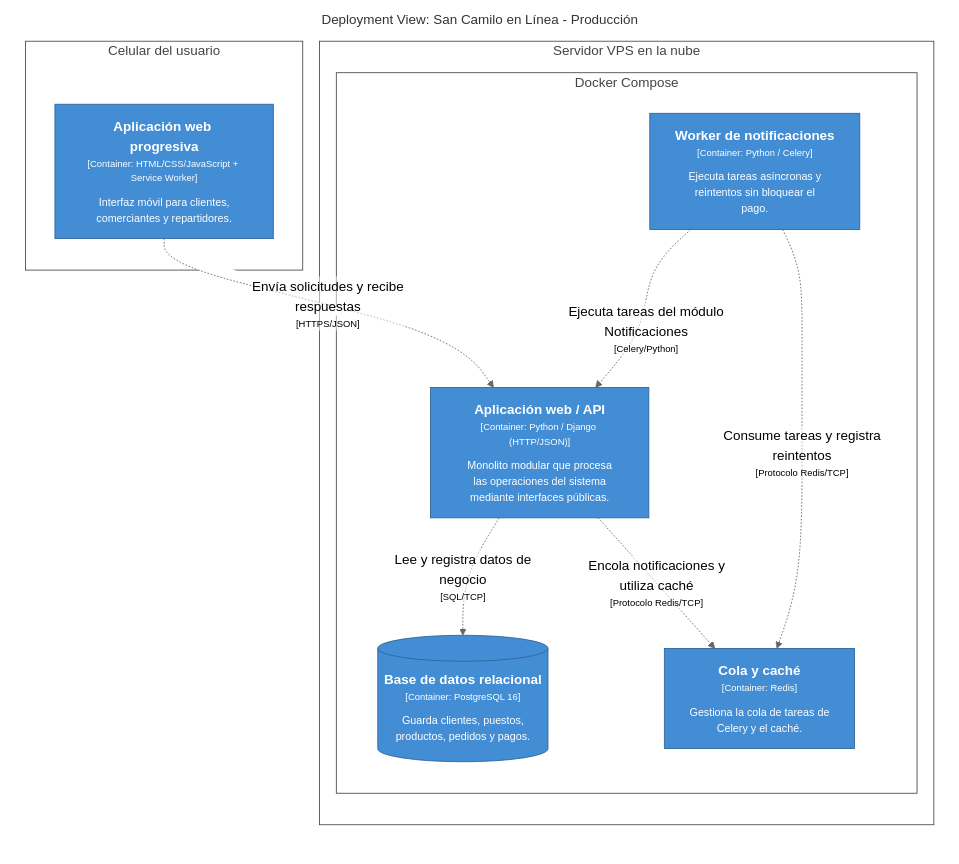
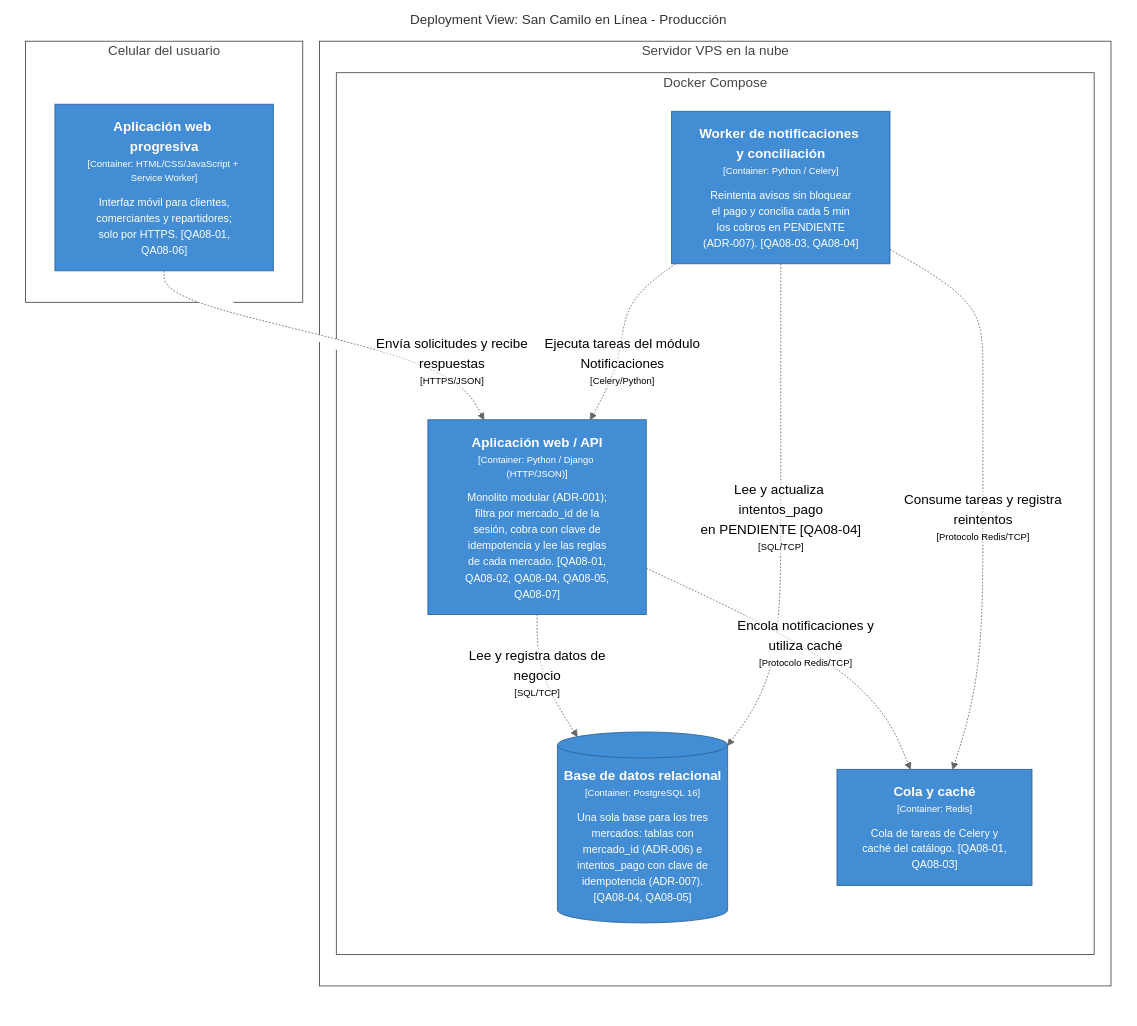
The diagram in docs/architecture/c4/export/Despliegue.mmd (paredes1234/cs-2026b-lab04-grupo07), drawn with Mermaid (neutral theme) before and after one commit. The commit also changed 15 other files, not shown here.

```diff
--- a/docs/architecture/c4/export/Despliegue.mmd
+++ b/docs/architecture/c4/export/Despliegue.mmd
@@ -1,38 +1,39 @@
 graph LR
   linkStyle default fill:#ffffff
 
   subgraph diagram ["Deployment View: San Camilo en Línea - Producción"]
     style diagram fill:#ffffff,stroke:#ffffff
 
-    subgraph 52 ["Celular del usuario"]
-      style 52 fill:#ffffff,stroke:#444444,color:#444444
+    subgraph 59 ["Celular del usuario"]
+      style 59 fill:#ffffff,stroke:#444444,color:#444444
 
-      53["<div style='font-weight: bold'>Aplicación web progresiva</div><div style='font-size: 70%; margin-top: 0px'>[Container: HTML/CSS/JavaScript + Service Worker]</div><div style='font-size: 80%; margin-top:10px'>Interfaz móvil para clientes,<br />comerciantes y repartidores.</div>"]
-      style 53 fill:#438dd5,stroke:#2e6295,color:#ffffff
+      60["<div style='font-weight: bold'>Aplicación web progresiva</div><div style='font-size: 70%; margin-top: 0px'>[Container: HTML/CSS/JavaScript + Service Worker]</div><div style='font-size: 80%; margin-top:10px'>Interfaz móvil para clientes,<br />comerciantes y repartidores;<br />solo por HTTPS. [QA08-01,<br />QA08-06]</div>"]
+      style 60 fill:#438dd5,stroke:#2e6295,color:#ffffff
     end
 
-    subgraph 54 ["Servidor VPS en la nube"]
-      style 54 fill:#ffffff,stroke:#444444,color:#444444
+    subgraph 61 ["Servidor VPS en la nube"]
+      style 61 fill:#ffffff,stroke:#444444,color:#444444
 
-      subgraph 55 ["Docker Compose"]
-        style 55 fill:#ffffff,stroke:#444444,color:#444444
+      subgraph 62 ["Docker Compose"]
+        style 62 fill:#ffffff,stroke:#444444,color:#444444
 
-        56["<div style='font-weight: bold'>Aplicación web / API</div><div style='font-size: 70%; margin-top: 0px'>[Container: Python / Django (HTTP/JSON)]</div><div style='font-size: 80%; margin-top:10px'>Monolito modular que procesa<br />las operaciones del sistema<br />mediante interfaces públicas.</div>"]
-        style 56 fill:#438dd5,stroke:#2e6295,color:#ffffff
-        58["<div style='font-weight: bold'>Worker de notificaciones</div><div style='font-size: 70%; margin-top: 0px'>[Container: Python / Celery]</div><div style='font-size: 80%; margin-top:10px'>Ejecuta tareas asíncronas y<br />reintentos sin bloquear el<br />pago.</div>"]
-        style 58 fill:#438dd5,stroke:#2e6295,color:#ffffff
-        60[("<div style='font-weight: bold'>Base de datos relacional</div><div style='font-size: 70%; margin-top: 0px'>[Container: PostgreSQL 16]</div><div style='font-size: 80%; margin-top:10px'>Guarda clientes, puestos,<br />productos, pedidos y pagos.</div>")]
-        style 60 fill:#438dd5,stroke:#2e6295,color:#ffffff
-        62["<div style='font-weight: bold'>Cola y caché</div><div style='font-size: 70%; margin-top: 0px'>[Container: Redis]</div><div style='font-size: 80%; margin-top:10px'>Gestiona la cola de tareas de<br />Celery y el caché.</div>"]
-        style 62 fill:#438dd5,stroke:#2e6295,color:#ffffff
+        63["<div style='font-weight: bold'>Aplicación web / API</div><div style='font-size: 70%; margin-top: 0px'>[Container: Python / Django (HTTP/JSON)]</div><div style='font-size: 80%; margin-top:10px'>Monolito modular (ADR-001);<br />filtra por mercado_id de la<br />sesión, cobra con clave de<br />idempotencia y lee las reglas<br />de cada mercado. [QA08-01,<br />QA08-02, QA08-04, QA08-05,<br />QA08-07]</div>"]
+        style 63 fill:#438dd5,stroke:#2e6295,color:#ffffff
+        65["<div style='font-weight: bold'>Worker de notificaciones y conciliación</div><div style='font-size: 70%; margin-top: 0px'>[Container: Python / Celery]</div><div style='font-size: 80%; margin-top:10px'>Reintenta avisos sin bloquear<br />el pago y concilia cada 5 min<br />los cobros en PENDIENTE<br />(ADR-007). [QA08-03, QA08-04]</div>"]
+        style 65 fill:#438dd5,stroke:#2e6295,color:#ffffff
+        67[("<div style='font-weight: bold'>Base de datos relacional</div><div style='font-size: 70%; margin-top: 0px'>[Container: PostgreSQL 16]</div><div style='font-size: 80%; margin-top:10px'>Una sola base para los tres<br />mercados: tablas con<br />mercado_id (ADR-006) e<br />intentos_pago con clave de<br />idempotencia (ADR-007).<br />[QA08-04, QA08-05]</div>")]
+        style 67 fill:#438dd5,stroke:#2e6295,color:#ffffff
+        70["<div style='font-weight: bold'>Cola y caché</div><div style='font-size: 70%; margin-top: 0px'>[Container: Redis]</div><div style='font-size: 80%; margin-top:10px'>Cola de tareas de Celery y<br />caché del catálogo. [QA08-01,<br />QA08-03]</div>"]
+        style 70 fill:#438dd5,stroke:#2e6295,color:#ffffff
       end
 
     end
 
-    53-. "<div>Envía solicitudes y recibe<br />respuestas</div><div style='font-size: 70%'>[HTTPS/JSON]</div>" .->56
-    58-. "<div>Ejecuta tareas del módulo<br />Notificaciones</div><div style='font-size: 70%'>[Celery/Python]</div>" .->56
-    56-. "<div>Lee y registra datos de<br />negocio</div><div style='font-size: 70%'>[SQL/TCP]</div>" .->60
-    56-. "<div>Encola notificaciones y<br />utiliza caché</div><div style='font-size: 70%'>[Protocolo Redis/TCP]</div>" .->62
-    58-. "<div>Consume tareas y registra<br />reintentos</div><div style='font-size: 70%'>[Protocolo Redis/TCP]</div>" .->62
+    60-. "<div>Envía solicitudes y recibe<br />respuestas</div><div style='font-size: 70%'>[HTTPS/JSON]</div>" .->63
+    65-. "<div>Ejecuta tareas del módulo<br />Notificaciones</div><div style='font-size: 70%'>[Celery/Python]</div>" .->63
+    63-. "<div>Lee y registra datos de<br />negocio</div><div style='font-size: 70%'>[SQL/TCP]</div>" .->67
+    65-. "<div>Lee y actualiza intentos_pago<br />en PENDIENTE [QA08-04]</div><div style='font-size: 70%'>[SQL/TCP]</div>" .->67
+    63-. "<div>Encola notificaciones y<br />utiliza caché</div><div style='font-size: 70%'>[Protocolo Redis/TCP]</div>" .->70
+    65-. "<div>Consume tareas y registra<br />reintentos</div><div style='font-size: 70%'>[Protocolo Redis/TCP]</div>" .->70
 
   end
```
